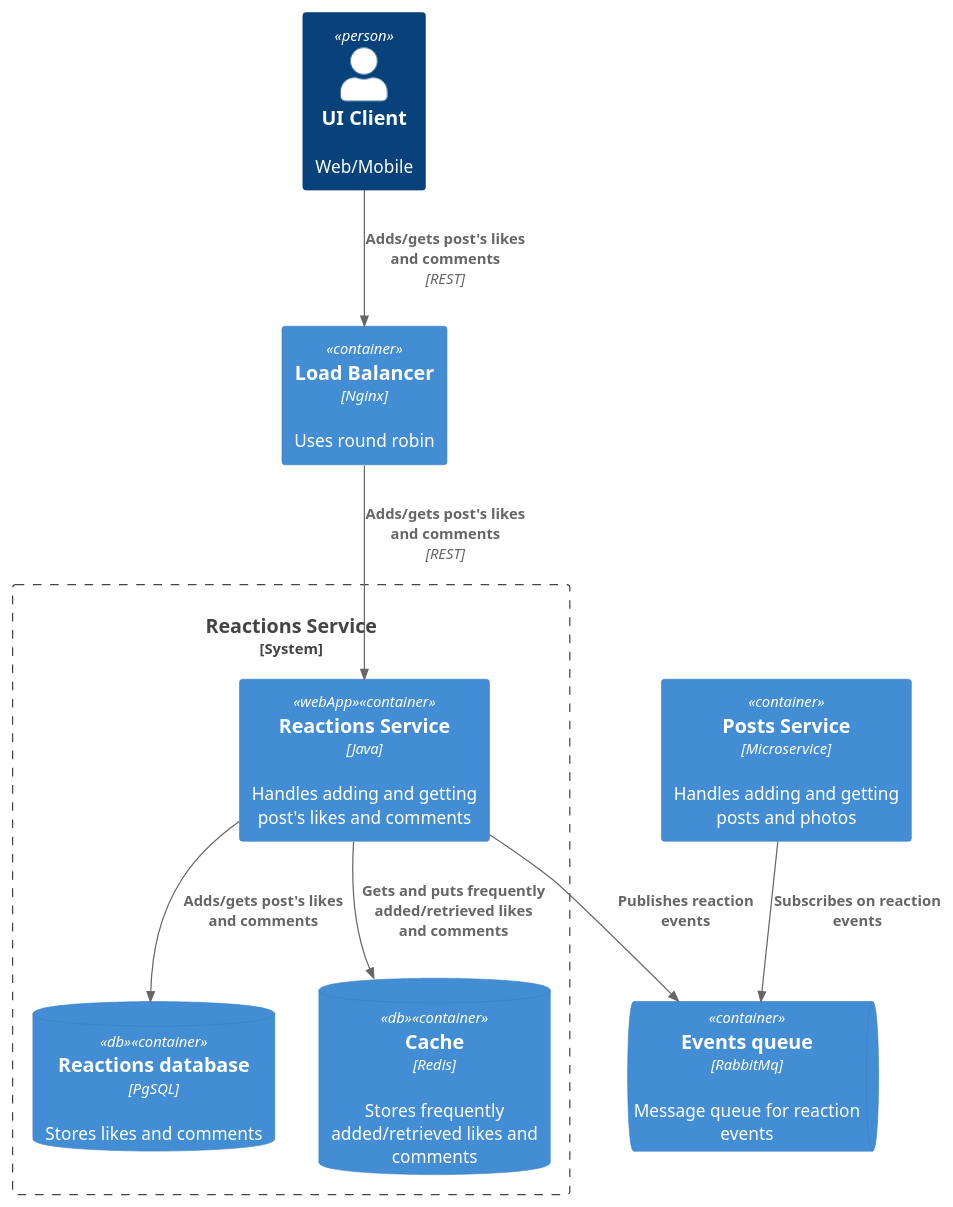
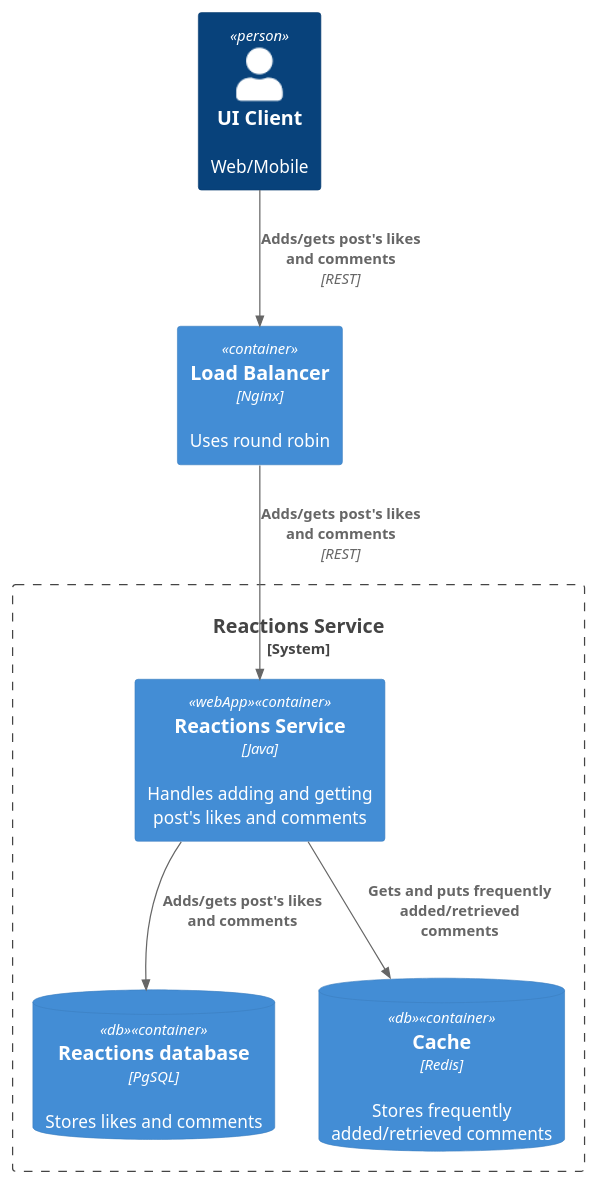
Before and after one commit to ebogomolnaya/social_network_system_design: the diagram in architecture/containers/reactions.puml, drawn with PlantUML. The commit also changed 5 other files, not shown here.

Commit message:
[SD-5] правки в схеме

```diff
--- a/architecture/containers/reactions.puml
+++ b/architecture/containers/reactions.puml
@@ -1,23 +1,18 @@
 @startuml
 !include https://raw.githubusercontent.com/plantuml-stdlib/C4-PlantUML/master/C4_Container.puml
 
 Person(client, "UI Client", "Web/Mobile")
 Container(loadBalancer, "Load Balancer", "Nginx", "Uses round robin")
-Container(postsService, "Posts Service", "Microservice", "Handles adding and getting posts and photos")
-ContainerQueue(messageQueue, "Events queue", "RabbitMq", "Message queue for reaction events")
 
 System_Boundary(reactionsSystem, "Reactions Service") {
     Container(reactionsService, "Reactions Service", "Java", "Handles adding and getting post's likes and comments", $tags="webApp")
     ContainerDb(reactionsDatabase, "Reactions database", "PgSQL", "Stores likes and comments",  $tags="db")
-    ContainerDb(reactionsCache, "Cache", "Redis", "Stores frequently added/retrieved likes and comments",  $tags="db")
+    ContainerDb(reactionsCache, "Cache", "Redis", "Stores frequently added/retrieved comments",  $tags="db")
 }
 
 Rel(client, loadBalancer, "Adds/gets post's likes and comments", "REST")
 Rel(loadBalancer, reactionsService, "Adds/gets post's likes and comments", "REST")
 
 Rel(reactionsService, reactionsDatabase, "Adds/gets post's likes and comments")
-Rel(reactionsService, reactionsCache, "Gets and puts frequently added/retrieved likes and comments")
-
-Rel(reactionsService, messageQueue, "Publishes reaction events")
-Rel(postsService, messageQueue, "Subscribes on reaction events")
+Rel(reactionsService, reactionsCache, "Gets and puts frequently added/retrieved comments")
 @enduml
```
